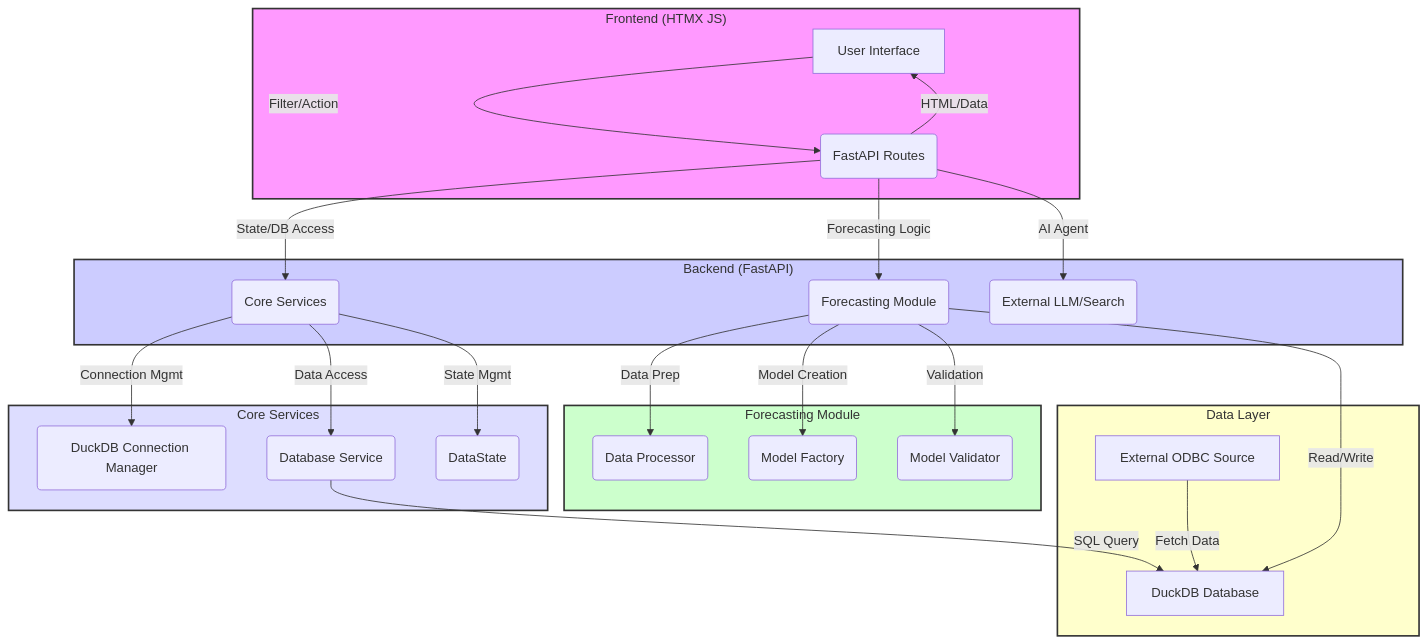
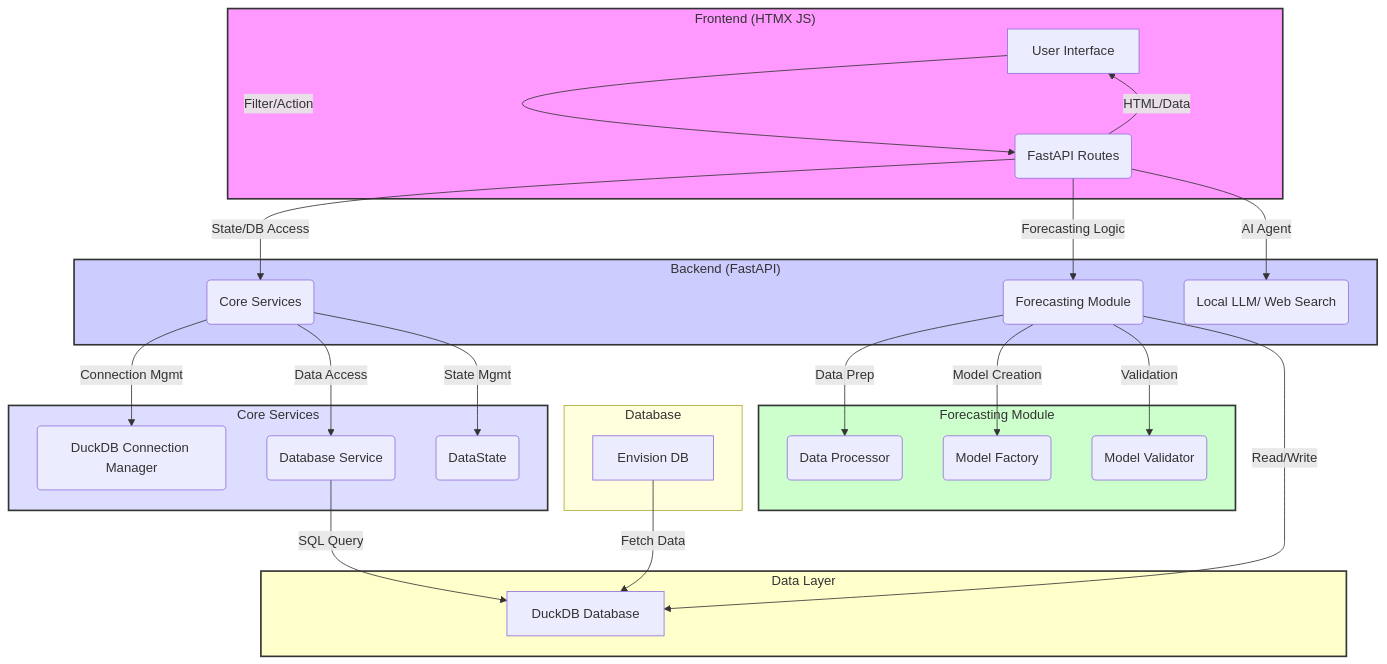
Before and after one commit to mswastik/fa-fcst: the first of 2 diagrams in ARCHITECTURE.md, drawn with Mermaid.

Commit message:
Architecture update

````diff
--- a/ARCHITECTURE.md
+++ b/ARCHITECTURE.md
@@ -9,38 +9,42 @@
 ```mermaid
 graph TD
     subgraph Frontend["Frontend (HTMX JS)"]
         A[User Interface] -- Filter/Action --> B(FastAPI Routes)
         B -- HTML/Data --> A
     end
 
     subgraph Backend["Backend (FastAPI)"]
         B -- State/DB Access --> C(Core Services)
         B -- Forecasting Logic --> D(Forecasting Module)
-        B -- AI Agent --> E(External LLM/Search)
+        B -- AI Agent --> E(Local LLM/ Web Search)
     end
 
     subgraph CoreServices["Core Services"]
         C -- Connection Mgmt --> F(DuckDB Connection Manager)
         C -- Data Access --> G(Database Service)
         C -- State Mgmt --> H(DataState)
     end
 
     subgraph DataLayer["Data Layer"]
         G -- SQL Query --> I[DuckDB Database]
-        J[External ODBC Source] -- Fetch Data --> I
+        
+    end
+
+    subgraph Database
+        J[Envision DB] -- Fetch Data --> I
     end
 
     subgraph ForecastingModule["Forecasting Module"]
         D -- Data Prep --> K(Data Processor)
         D -- Model Creation --> L(Model Factory)
         D -- Validation --> M(Model Validator)
     end
 
     D -- Read/Write --> I
 
     style Frontend fill:#f9f,stroke:#333,stroke-width:2px
     style Backend fill:#ccf,stroke:#333,stroke-width:2px
     style CoreServices fill:#ddf,stroke:#333,stroke-width:2px
     style ForecastingModule fill:#cfc,stroke:#333,stroke-width:2px
     style DataLayer fill:#ffc,stroke:#333,stroke-width:2px
 ```
````
